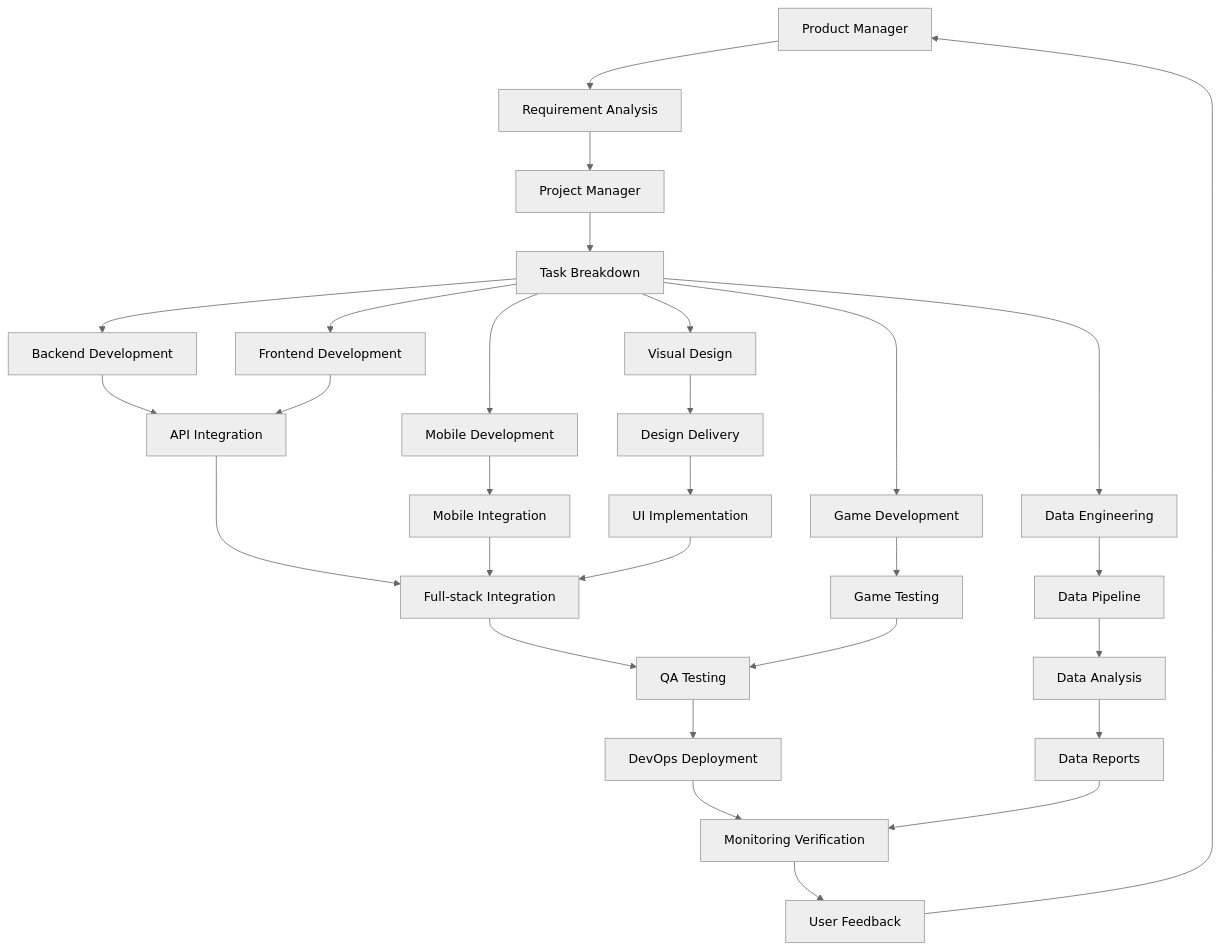
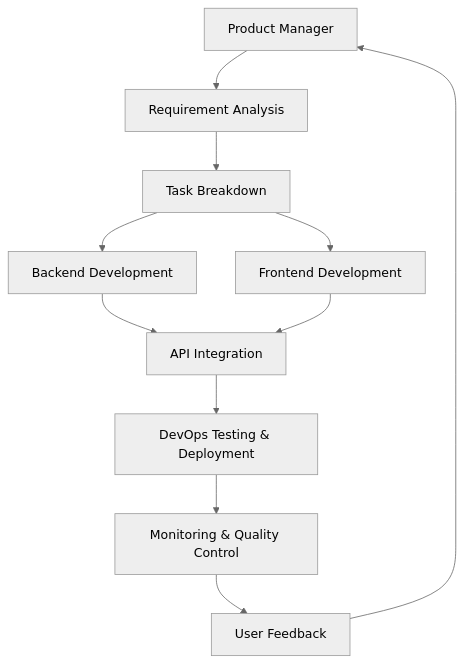
Before and after one commit to fallrising/bee_swarm: the diagram in roles/README.md, drawn with Mermaid (neutral theme). The commit also changed other lines of this file and 11 other files, not shown here.

Commit message:
feat: complete architecture simplification and role restructuring

````diff
--- a/roles/README.md
+++ b/roles/README.md
@@ -140,31 +137,13 @@
 ```mermaid
 graph TD
     A[Product Manager] --> B[Requirement Analysis]
-    B --> C[Project Manager]
-    C --> D[Task Breakdown]
-    D --> E[Visual Design]
-    D --> F[Backend Development]
-    D --> G[Frontend Development]
-    D --> H[Mobile Development]
-    D --> I[Game Development]
-    D --> J[Data Engineering]
-    E --> K[Design Delivery]
-    F --> L[API Integration]
-    G --> L
-    H --> M[Mobile Integration]
-    I --> N[Game Testing]
-    J --> O[Data Pipeline]
-    K --> P[UI Implementation]
-    L --> Q[Full-stack Integration]
-    M --> Q
-    P --> Q
-    O --> R[Data Analysis]
-    Q --> S[QA Testing]
-    N --> S
-    R --> T[Data Reports]
-    S --> U[DevOps Deployment]
-    U --> V[Monitoring Verification]
-    T --> V
-    V --> W[User Feedback]
-    W --> A
+    B --> C[Task Breakdown]
+    C --> D[Backend Development]
+    C --> E[Frontend Development]
+    D --> F[API Integration]
+    E --> F
+    F --> G[DevOps Testing & Deployment]
+    G --> H[Monitoring & Quality Control]
+    H --> I[User Feedback]
+    I --> A
 ```
````
